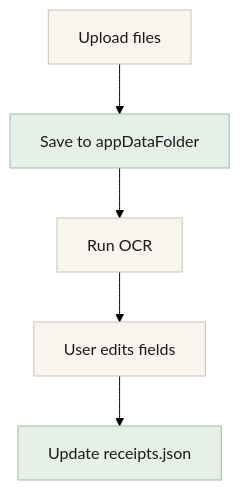
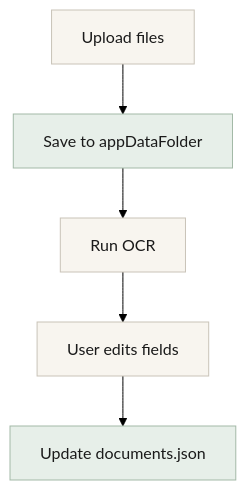
The second of 3 diagrams in ARCHITECTURE.md (jiahongc/HSA-paperless), drawn with Mermaid (forest theme) before and after one commit. The commit also changed other lines of this file and 13 other files, not shown here.

````diff
--- a/ARCHITECTURE.md
+++ b/ARCHITECTURE.md
@@ -166,10 +166,10 @@
 ```mermaid
 flowchart TB
   classDef step fill:#f8f5ef,stroke:#c9c3b8,color:#1a1a1a
   classDef io fill:#e7efe9,stroke:#a3b9a7,color:#1a1a1a
 
   U[Upload files]:::step --> S[Save to appDataFolder]:::io
   S --> O[Run OCR]:::step
   O --> F[User edits fields]:::step
-  F --> J[Update receipts.json]:::io
+  F --> J[Update documents.json]:::io
 ```
````
